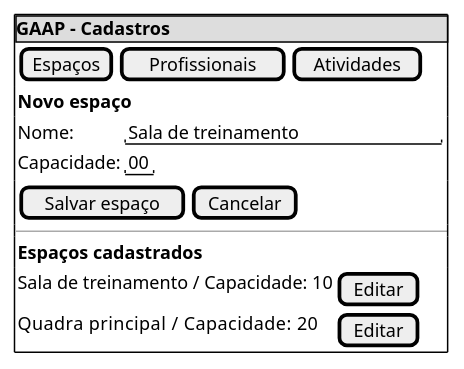
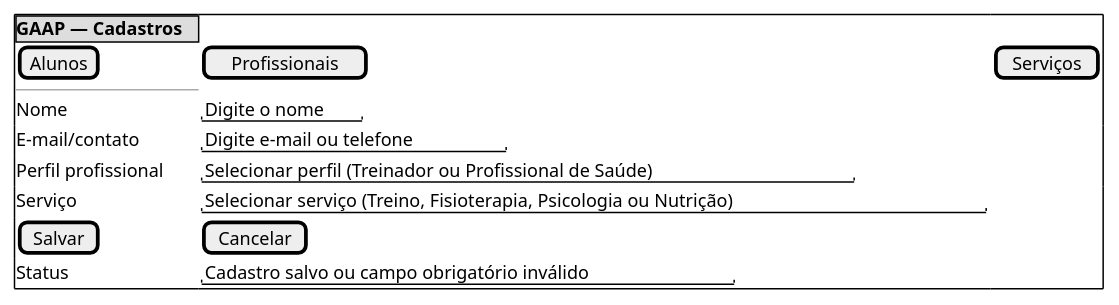
The second of 5 diagrams in docs/Iniciacao/prototipo_baixa_fidelidade.md (Projetos-de-Extensao/PECDII_26.2_8001_I), drawn with PlantUML before and after one commit. The commit also changed other lines of this file and 15 other files, not shown here.

````diff
--- a/docs/Iniciacao/prototipo_baixa_fidelidade.md
+++ b/docs/Iniciacao/prototipo_baixa_fidelidade.md
@@ -110,35 +38,15 @@
 ```plantuml
 @startsalt
 {+
-    {* <b>GAAP - Cadastros}
-
-    {
-        [Espaços] | [Profissionais] | [Atividades]
-    }
-
-    {
-        <b>Novo espaço
-    }
-
-    {
-        Nome: | "Sala de treinamento       "
-        Capacidade: | "00"
-    }
-
-    {
-        [Salvar espaço] | [Cancelar]
-    }
-
-    --
-
-    {
-        <b>Espaços cadastrados
-    }
-
-    {
-        Sala de treinamento / Capacidade: 10 | [Editar]
-        Quadra principal    / Capacidade: 20 | [Editar]
-    }
+  {* <b>GAAP — Cadastros}
+  [Alunos] | [Profissionais] | [Serviços]
+  --
+  Nome | "Digite o nome"
+  E-mail/contato | "Digite e-mail ou telefone"
+  Perfil profissional | "Selecionar perfil (Treinador ou Profissional de Saúde)"
+  Serviço | "Selecionar serviço (Treino, Fisioterapia, Psicologia ou Nutrição)"
+  [Salvar] | [Cancelar]
+  Status | "Cadastro salvo ou campo obrigatório inválido"
 }
 @endsalt
 ```
````
